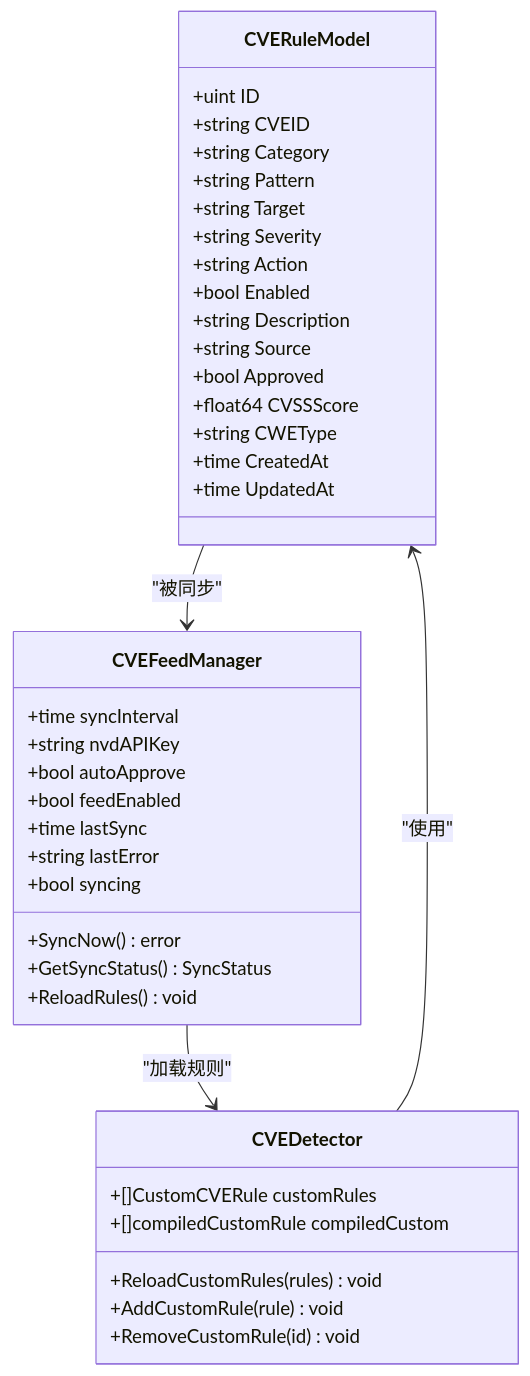
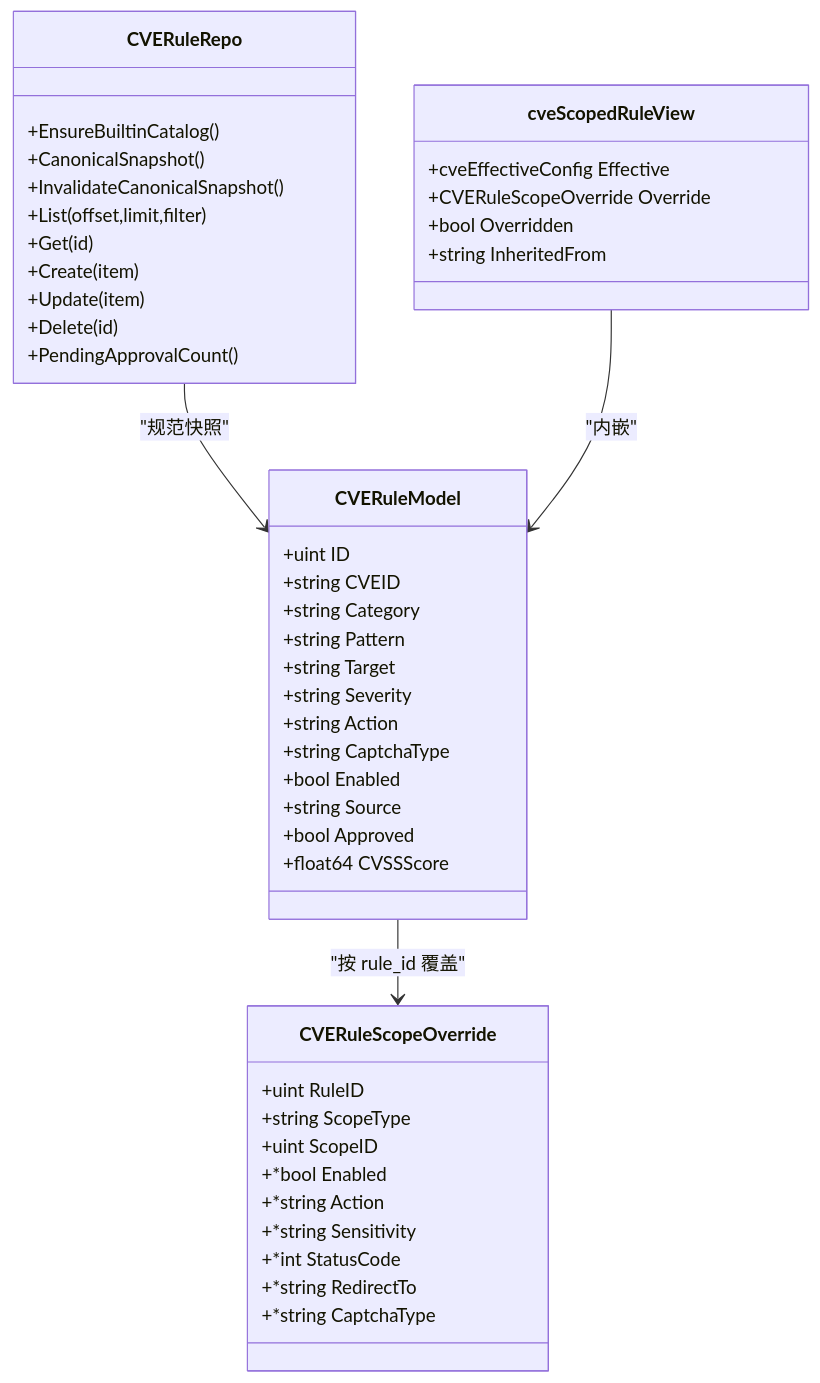
Before and after one commit to x01n/My-OpenWaf: the second of 6 diagrams in docs/管理 API 系统/CVE 规则管理 API.md, drawn with Mermaid. The commit also changed other lines of this file and 622 other files, not shown here.

````diff
--- a/docs/管理 API 系统/CVE 规则管理 API.md
+++ b/docs/管理 API 系统/CVE 规则管理 API.md
@@ -90,42 +121,48 @@
 ```mermaid
 classDiagram
 class CVERuleModel {
 +uint ID
 +string CVEID
 +string Category
 +string Pattern
 +string Target
 +string Severity
 +string Action
++string CaptchaType
 +bool Enabled
-+string Description
 +string Source
 +bool Approved
 +float64 CVSSScore
-+string CWEType
-+time CreatedAt
-+time UpdatedAt
 }
-class CVEFeedManager {
-+time syncInterval
-+string nvdAPIKey
-+bool autoApprove
-+bool feedEnabled
-+time lastSync
-+string lastError
-+bool syncing
-+SyncNow() error
-+GetSyncStatus() SyncStatus
-+ReloadRules() void
+class CVERuleScopeOverride {
++uint RuleID
++string ScopeType
++uint ScopeID
++*bool Enabled
++*string Action
++*string Sensitivity
++*int StatusCode
++*string RedirectTo
++*string CaptchaType
 }
-class CVEDetector {
-+[]CustomCVERule customRules
-+[]compiledCustomRule compiledCustom
-+ReloadCustomRules(rules) void
-+AddCustomRule(rule) void
-+RemoveCustomRule(id) void
+class cveScopedRuleView {
++cveEffectiveConfig Effective
++CVERuleScopeOverride Override
++bool Overridden
++string InheritedFrom
 }
-CVERuleModel --> CVEFeedManager : "被同步"
-CVEFeedManager --> CVEDetector : "加载规则"
-CVEDetector --> CVERuleModel : "使用"
+class CVERuleRepo {
++EnsureBuiltinCatalog()
++CanonicalSnapshot()
++InvalidateCanonicalSnapshot()
++List(offset,limit,filter)
++Get(id)
++Create(item)
++Update(item)
++Delete(id)
++PendingApprovalCount()
+}
+CVERuleModel --> CVERuleScopeOverride : "按 rule_id 覆盖"
+CVERuleRepo --> CVERuleModel : "规范快照"
+cveScopedRuleView --> CVERuleModel : "内嵌"
 ```
````
